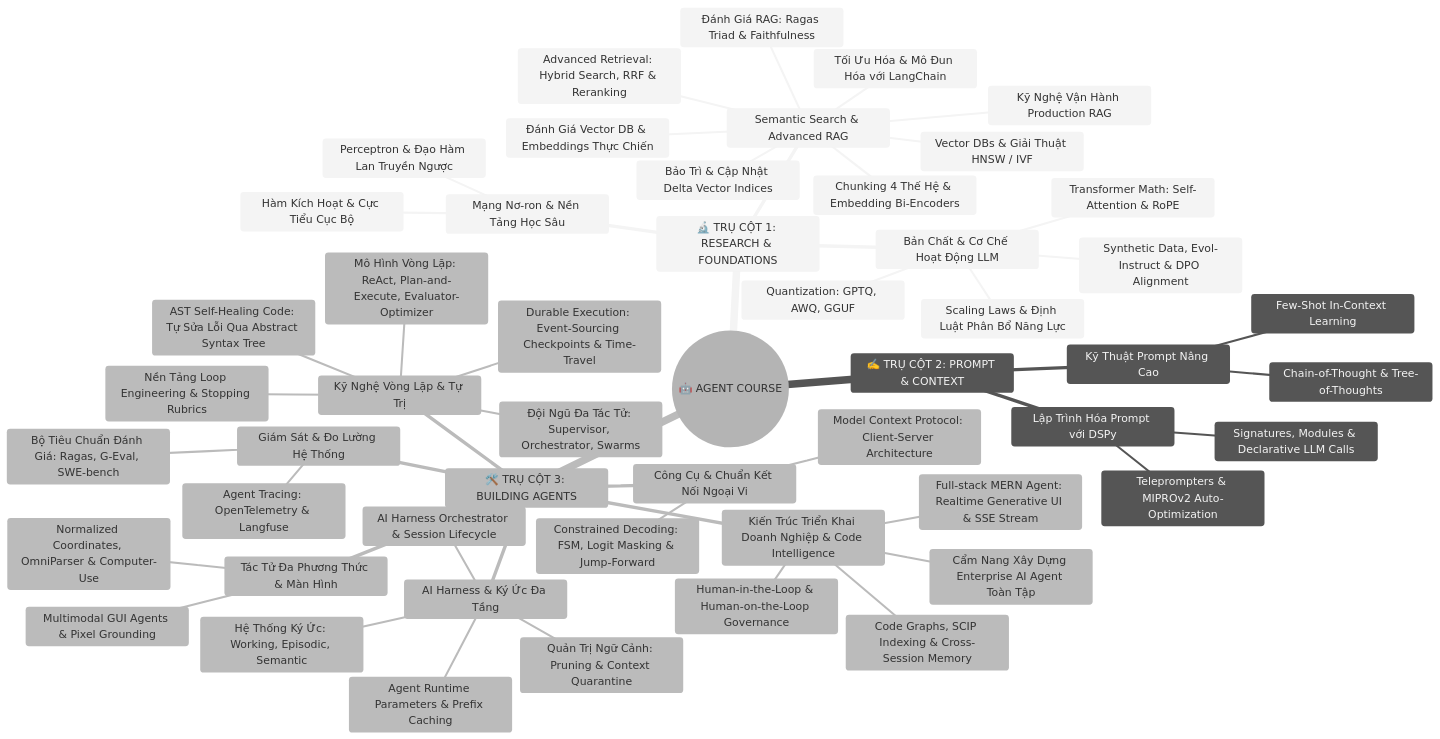
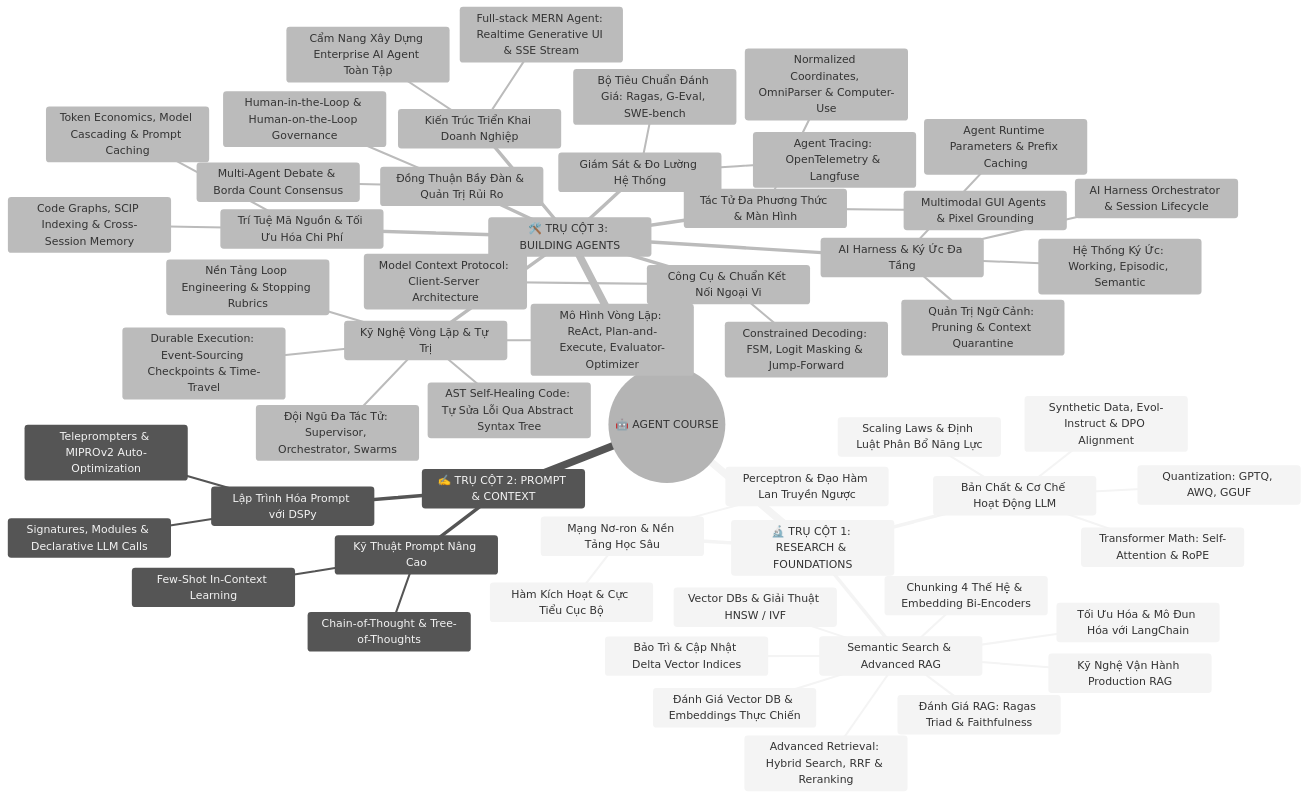
Before and after one commit to LeNguyenHaiDuong/agent_course: the first of 3 diagrams in MASTER_ARCHITECTURE_AND_COMPONENTS.md, drawn with Mermaid (neutral theme). The commit also changed other lines of this file and 27 other files, not shown here.

````diff
--- a/MASTER_ARCHITECTURE_AND_COMPONENTS.md
+++ b/MASTER_ARCHITECTURE_AND_COMPONENTS.md
@@ -57,55 +57,59 @@
 ```mermaid
 mindmap
   root((🤖 AGENT COURSE))
     🔬 TRỤ CỘT 1: RESEARCH & FOUNDATIONS
       Mạng Nơ-ron & Nền Tảng Học Sâu
         Perceptron & Đạo Hàm Lan Truyền Ngược
         Hàm Kích Hoạt & Cực Tiểu Cục Bộ
       Bản Chất & Cơ Chế Hoạt Động LLM
         Transformer Math: Self-Attention & RoPE
         Scaling Laws & Định Luật Phân Bổ Năng Lực
         Quantization: GPTQ, AWQ, GGUF
         Synthetic Data, Evol-Instruct & DPO Alignment
       Semantic Search & Advanced RAG
         Chunking 4 Thế Hệ & Embedding Bi-Encoders
         Vector DBs & Giải Thuật HNSW / IVF
         Đánh Giá Vector DB & Embeddings Thực Chiến
         Kỹ Nghệ Vận Hành Production RAG
         Bảo Trì & Cập Nhật Delta Vector Indices
         Tối Ưu Hóa & Mô Đun Hóa với LangChain
         Advanced Retrieval: Hybrid Search, RRF & Reranking
         Đánh Giá RAG: Ragas Triad & Faithfulness
     ✍️ TRỤ CỘT 2: PROMPT & CONTEXT
       Kỹ Thuật Prompt Nâng Cao
         Few-Shot In-Context Learning
         Chain-of-Thought & Tree-of-Thoughts
       Lập Trình Hóa Prompt với DSPy
         Signatures, Modules & Declarative LLM Calls
         Teleprompters & MIPROv2 Auto-Optimization
     🛠️ TRỤ CỘT 3: BUILDING AGENTS
       AI Harness & Ký Ức Đa Tầng
         AI Harness Orchestrator & Session Lifecycle
         Quản Trị Ngữ Cảnh: Pruning & Context Quarantine
         Hệ Thống Ký Ức: Working, Episodic, Semantic
         Agent Runtime Parameters & Prefix Caching
       Công Cụ & Chuẩn Kết Nối Ngoại Vi
         Model Context Protocol: Client-Server Architecture
         Constrained Decoding: FSM, Logit Masking & Jump-Forward
       Kỹ Nghệ Vòng Lặp & Tự Trị
         Nền Tảng Loop Engineering & Stopping Rubrics
         Mô Hình Vòng Lặp: ReAct, Plan-and-Execute, Evaluator-Optimizer
         Đội Ngũ Đa Tác Tử: Supervisor, Orchestrator, Swarms
         AST Self-Healing Code: Tự Sửa Lỗi Qua Abstract Syntax Tree
         Durable Execution: Event-Sourcing Checkpoints & Time-Travel
       Giám Sát & Đo Lường Hệ Thống
         Agent Tracing: OpenTelemetry & Langfuse
         Bộ Tiêu Chuẩn Đánh Giá: Ragas, G-Eval, SWE-bench
       Tác Tử Đa Phương Thức & Màn Hình
         Multimodal GUI Agents & Pixel Grounding
         Normalized Coordinates, OmniParser & Computer-Use
-      Kiến Trúc Triển Khai Doanh Nghiệp & Code Intelligence
+      Trí Tuệ Mã Nguồn & Tối Ưu Hóa Chi Phí
+        Code Graphs, SCIP Indexing & Cross-Session Memory
+        Token Economics, Model Cascading & Prompt Caching
+      Đồng Thuận Bầy Đàn & Quản Trị Rủi Ro
+        Multi-Agent Debate & Borda Count Consensus
+        Human-in-the-Loop & Human-on-the-Loop Governance
+      Kiến Trúc Triển Khai Doanh Nghiệp
         Cẩm Nang Xây Dựng Enterprise AI Agent Toàn Tập
         Full-stack MERN Agent: Realtime Generative UI & SSE Stream
-        Code Graphs, SCIP Indexing & Cross-Session Memory
-        Human-in-the-Loop & Human-on-the-Loop Governance
 ```
````
